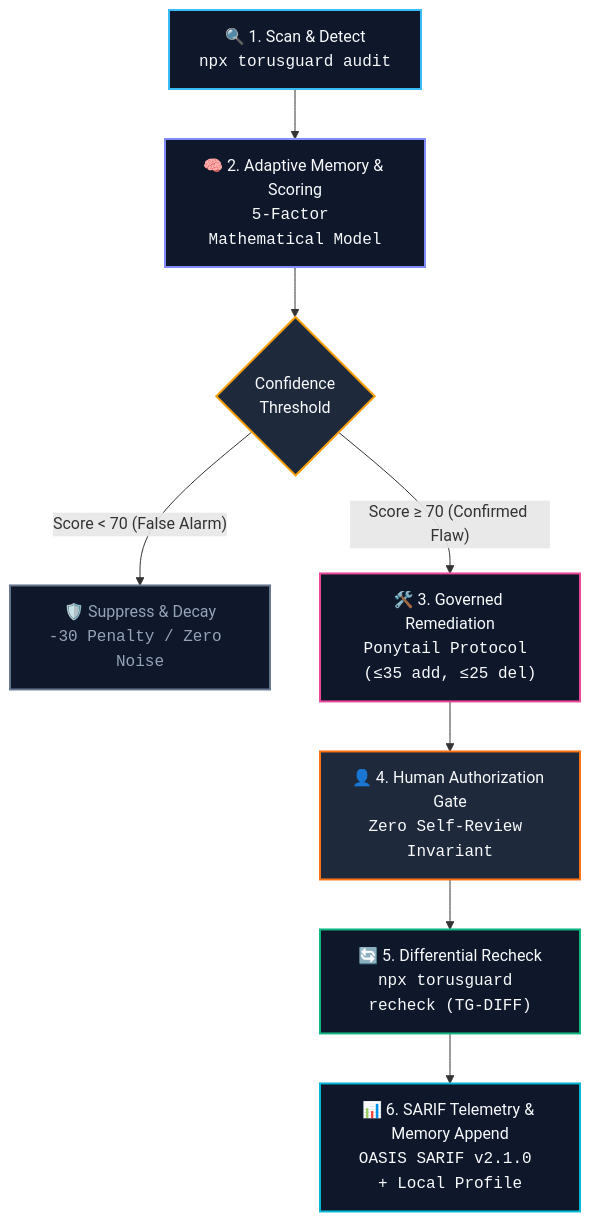
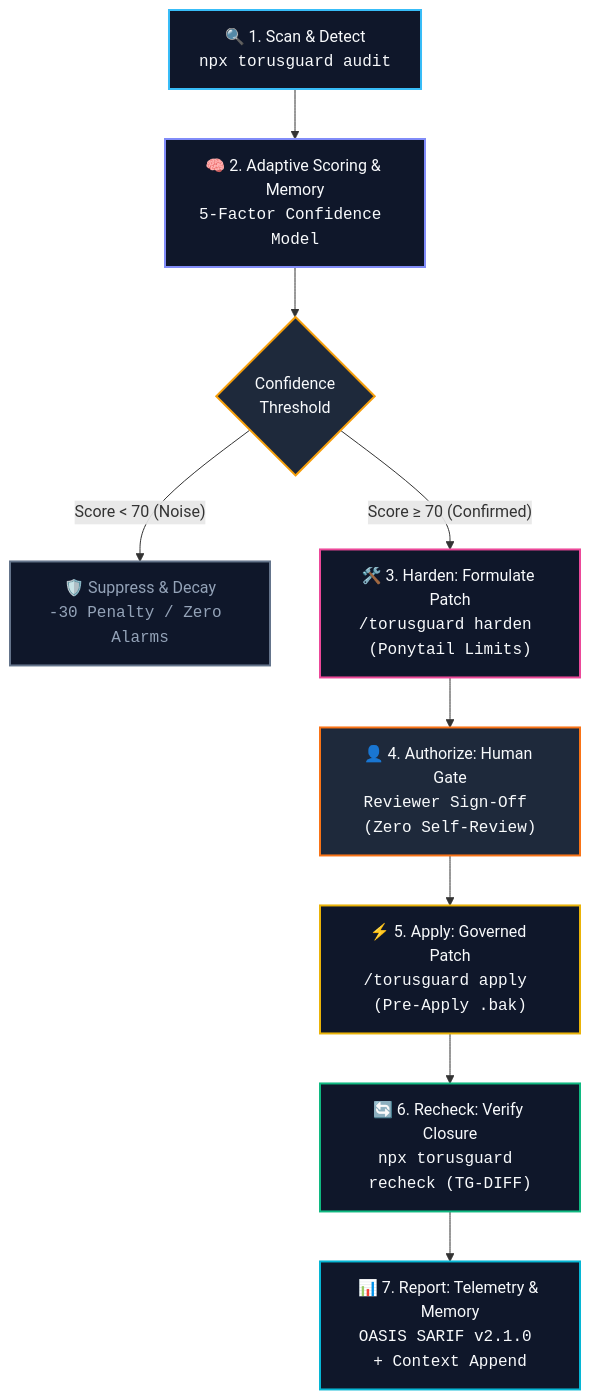
One commit to githubmofo/TorusGuard changed the second of 2 diagrams in README.md. Above: the diagram before and after it, drawn with Mermaid. The commit also changed other lines of this file and 15 other files, not shown here.

Commit message:
feat(v1.1.0): implement advanced memory engine and align governance lifecycle flowchart (Option B)

````diff
--- a/README.md
+++ b/README.md
@@ -132,19 +132,21 @@
 ```mermaid
 flowchart TD
-    Scan["🔍 1. Scan & Detect<br><code>npx torusguard audit</code>"] --> Score["🧠 2. Adaptive Memory & Scoring<br><code>5-Factor Mathematical Model</code>"]
+    Scan["🔍 1. Scan & Detect<br><code>npx torusguard audit</code>"] --> Score["🧠 2. Adaptive Scoring & Memory<br><code>5-Factor Confidence Model</code>"]
     Score --> Decision{"Confidence<br>Threshold"}
-    Decision -- "Score < 70 (False Alarm)" --> Suppress["🛡️ Suppress & Decay<br><code>-30 Penalty / Zero Noise</code>"]
-    Decision -- "Score ≥ 70 (Confirmed Flaw)" --> Patch["🛠️ 3. Governed Remediation<br><code>Ponytail Protocol (≤35 add, ≤25 del)</code>"]
-    Patch --> Gate["👤 4. Human Authorization Gate<br><code>Zero Self-Review Invariant</code>"]
-    Gate --> Recheck["🔄 5. Differential Recheck<br><code>npx torusguard recheck (TG-DIFF)</code>"]
-    Recheck --> Telemetry["📊 6. SARIF Telemetry & Memory Append<br><code>OASIS SARIF v2.1.0 + Local Profile</code>"]
+    Decision -- "Score < 70 (Noise)" --> Suppress["🛡️ Suppress & Decay<br><code>-30 Penalty / Zero Alarms</code>"]
+    Decision -- "Score ≥ 70 (Confirmed)" --> Harden["🛠️ 3. Harden: Formulate Patch<br><code>/torusguard harden (Ponytail Limits)</code>"]
+    Harden --> Gate["👤 4. Authorize: Human Gate<br><code>Reviewer Sign-Off (Zero Self-Review)</code>"]
+    Gate --> Apply["⚡ 5. Apply: Governed Patch<br><code>/torusguard apply (Pre-Apply .bak)</code>"]
+    Apply --> Recheck["🔄 6. Recheck: Verify Closure<br><code>npx torusguard recheck (TG-DIFF)</code>"]
+    Recheck --> Telemetry["📊 7. Report: Telemetry & Memory<br><code>OASIS SARIF v2.1.0 + Context Append</code>"]
 
     style Scan fill:#0f172a,stroke:#38bdf8,stroke-width:2px,color:#f8fafc
     style Score fill:#0f172a,stroke:#818cf8,stroke-width:2px,color:#f8fafc
     style Decision fill:#1e293b,stroke:#f59e0b,stroke-width:2px,color:#f8fafc
     style Suppress fill:#0f172a,stroke:#64748b,stroke-width:2px,color:#94a3b8
-    style Patch fill:#0f172a,stroke:#ec4899,stroke-width:2px,color:#f8fafc
+    style Harden fill:#0f172a,stroke:#ec4899,stroke-width:2px,color:#f8fafc
     style Gate fill:#1e293b,stroke:#f97316,stroke-width:2px,color:#f8fafc
+    style Apply fill:#0f172a,stroke:#eab308,stroke-width:2px,color:#f8fafc
     style Recheck fill:#0f172a,stroke:#10b981,stroke-width:2px,color:#f8fafc
     style Telemetry fill:#0f172a,stroke:#06b6d4,stroke-width:2px,color:#f8fafc
 ```
````
